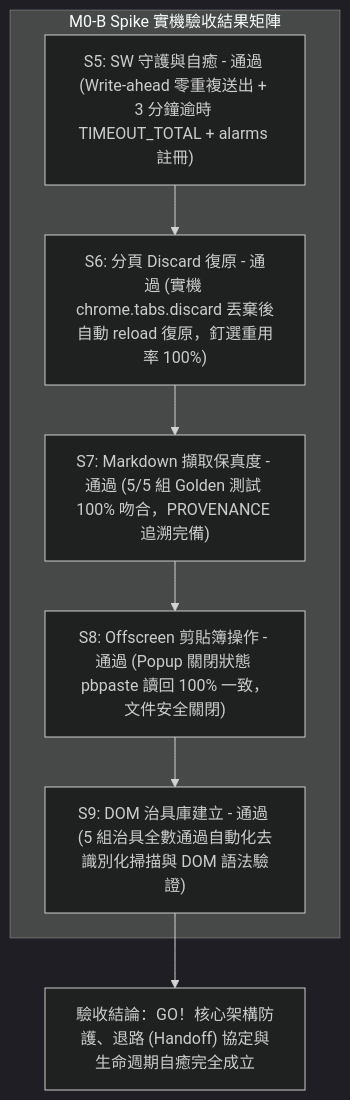
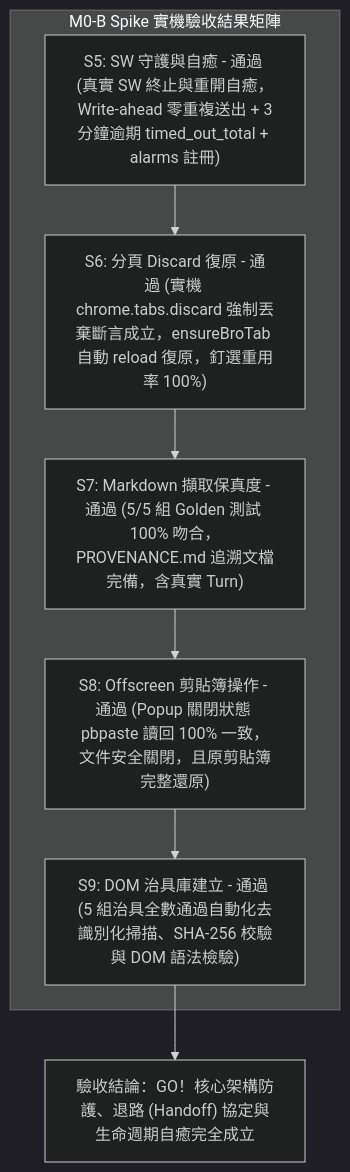
The diagram in docs/plans/2026-10-28-m0-b-spike-report.md (EasonPai/talk-to-bro), drawn with Mermaid (dark theme) before and after one commit. The commit also changed other lines of this file and 9 other files, not shown here.

````diff
--- a/docs/plans/2026-10-28-m0-b-spike-report.md
+++ b/docs/plans/2026-10-28-m0-b-spike-report.md
@@ -18,14 +18,14 @@
 ```mermaid
 flowchart TD
     subgraph M0_B_Results["M0-B Spike 實機驗收結果矩陣"]
-        S5["S5: SW 守護與自癒 - 通過 (Write-ahead 零重複送出 + 3 分鐘逾時 TIMEOUT_TOTAL + alarms 註冊)"]
-        S6["S6: 分頁 Discard 復原 - 通過 (實機 chrome.tabs.discard 丟棄後自動 reload 復原，釘選重用率 100%)"]
-        S7["S7: Markdown 擷取保真度 - 通過 (5/5 組 Golden 測試 100% 吻合，PROVENANCE 追溯完備)"]
-        S8["S8: Offscreen 剪貼簿操作 - 通過 (Popup 關閉狀態 pbpaste 讀回 100% 一致，文件安全關閉)"]
-        S9["S9: DOM 治具庫建立 - 通過 (5 組治具全數通過自動化去識別化掃描與 DOM 語法驗證)"]
+        S5["S5: SW 守護與自癒 - 通過 (真實 SW 終止與重開自癒，Write-ahead 零重複送出 + 3分鐘逾期 timed_out_total + alarms 註冊)"]
+        S6["S6: 分頁 Discard 復原 - 通過 (實機 chrome.tabs.discard 強制丟棄斷言成立，ensureBroTab 自動 reload 復原，釘選重用率 100%)"]
+        S7["S7: Markdown 擷取保真度 - 通過 (5/5 組 Golden 測試 100% 吻合，PROVENANCE.md 追溯文檔完備，含真實 Turn)"]
+        S8["S8: Offscreen 剪貼簿操作 - 通過 (Popup 關閉狀態 pbpaste 讀回 100% 一致，文件安全關閉，且原剪貼簿完整還原)"]
+        S9["S9: DOM 治具庫建立 - 通過 (5 組治具全數通過自動化去識別化掃描、SHA-256 校驗與 DOM 語法檢驗)"]
         
         S5 --> S6 --> S7 --> S8 --> S9
     end
 
     S9 --> Pass["驗收結論：GO！核心架構防護、退路 (Handoff) 協定與生命週期自癒完全成立"]
 ```
````
